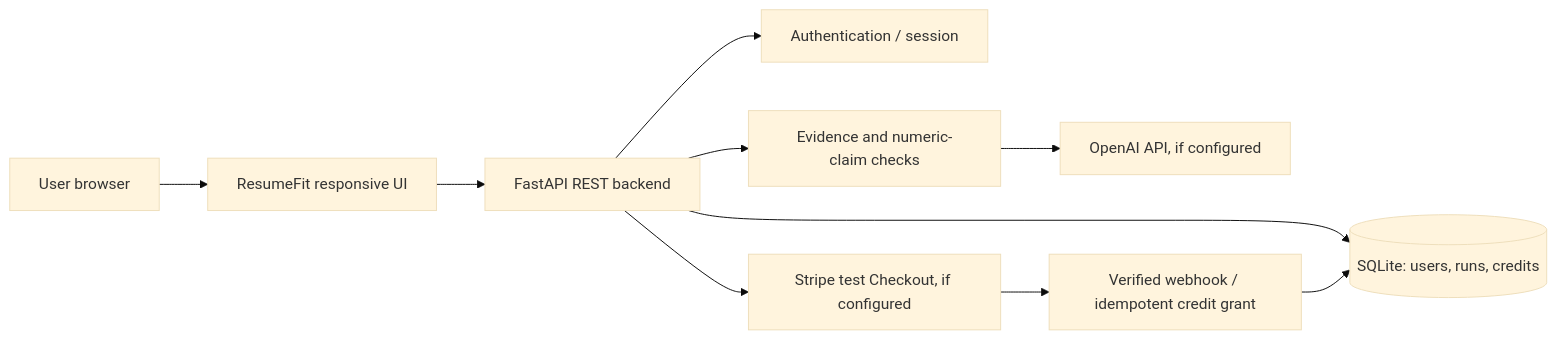
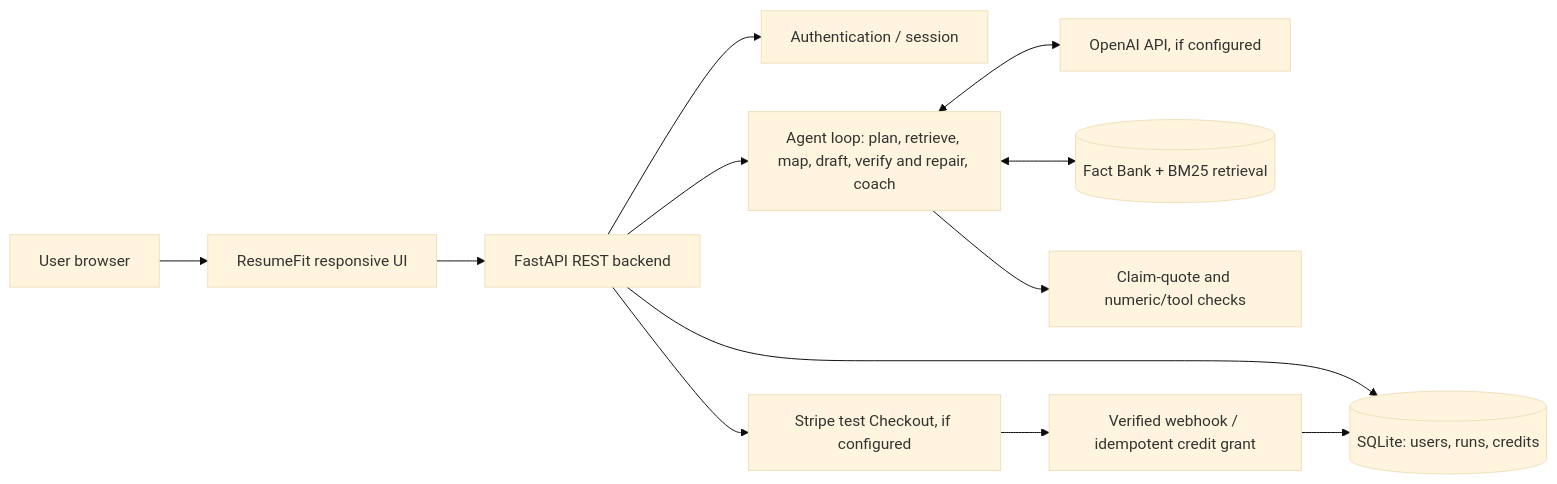
The diagram in CAPSTONE_PRESENTATION.md (70sephX/ResumeFit), drawn with Mermaid (base theme) before and after one commit. The commit also changed other lines of this file and 6 other files, not shown here.

````diff
--- a/CAPSTONE_PRESENTATION.md
+++ b/CAPSTONE_PRESENTATION.md
@@ -28,12 +28,14 @@
 ```mermaid
 flowchart LR
   U[User browser] --> FE[ResumeFit responsive UI]
   FE --> API[FastAPI REST backend]
   API --> AUTH[Authentication / session]
   API --> DB[(SQLite: users, runs, credits)]
-  API --> CHECK[Evidence and numeric-claim checks]
-  CHECK --> LLM[OpenAI API, if configured]
+  API --> AGENT[Agent loop: plan, retrieve, map, draft, verify and repair, coach]
+  AGENT <--> LLM[OpenAI API, if configured]
+  AGENT <--> BANK[(Fact Bank + BM25 retrieval)]
+  AGENT --> CHECK[Claim-quote and numeric/tool checks]
   API --> STRIPE[Stripe test Checkout, if configured]
   STRIPE --> WEBHOOK[Verified webhook / idempotent credit grant]
   WEBHOOK --> DB
 ```
````
